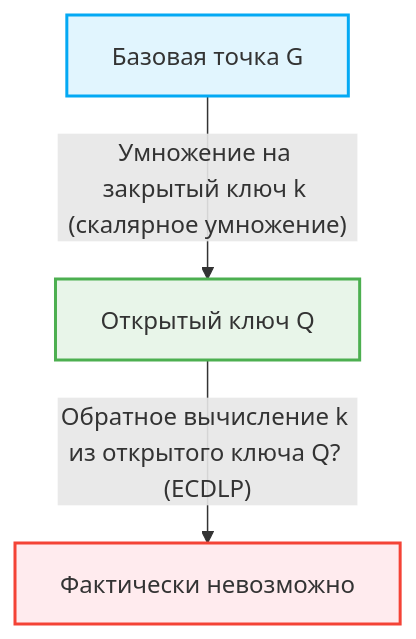
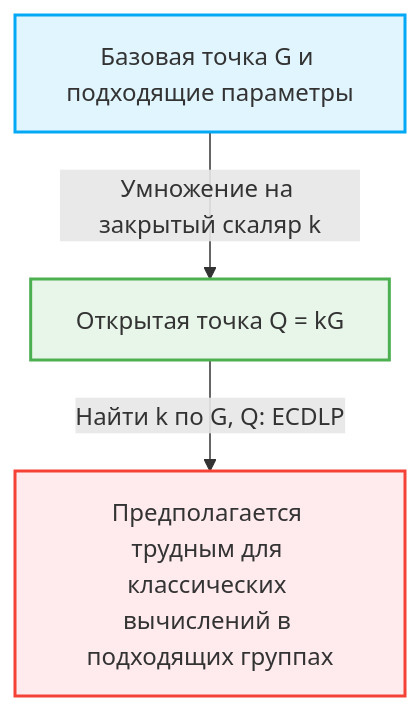
The second of 2 diagrams in content/post/public-key-cryptography-rsa-ecc/index.ru.md (kenjinote/blog), drawn with Mermaid before and after one commit. The commit also changed other lines of this file and 5 other files, not shown here.

````diff
--- a/content/post/public-key-cryptography-rsa-ecc/index.ru.md
+++ b/content/post/public-key-cryptography-rsa-ecc/index.ru.md
@@ -123,8 +165,8 @@
 ```mermaid
 graph TD
-    A["Базовая точка G"] -- "Умножение на закрытый ключ k (скалярное умножение)" --> B["Открытый ключ Q"]
-    B -- "Обратное вычисление k из открытого ключа Q? (ECDLP)" --> C["Фактически невозможно"]
+    A["Базовая точка G и подходящие параметры"] -->|"Умножение на закрытый скаляр k"| B["Открытая точка Q = kG"]
+    B -->|"Найти k по G, Q: ECDLP"| C["Предполагается трудным для классических вычислений в подходящих группах"]
     style A fill:#e1f5fe,stroke:#03a9f4,stroke-width:2px
     style B fill:#e8f5e9,stroke:#4caf50,stroke-width:2px
     style C fill:#ffebee,stroke:#f44336,stroke-width:2px
 ```
````
